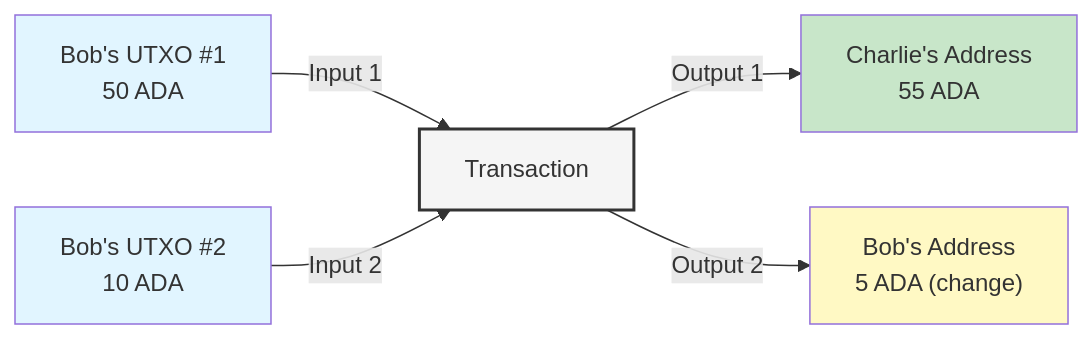
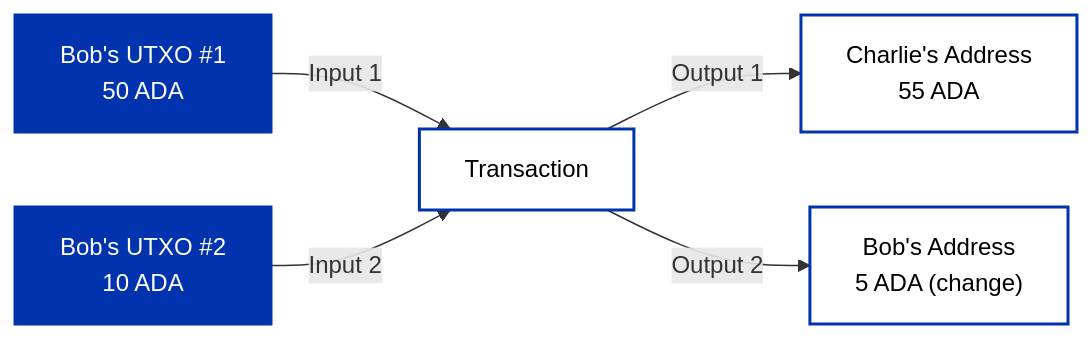
One commit to cardano-foundation/developer-portal changed the second of 2 diagrams in docs/get-started/technical-concepts/eutxo.md. Above: the diagram before and after it, drawn with Mermaid. The commit also changed other lines of this file and 14 other files, not shown here.

Commit message:
cardano unified color scheme for mermaid diagrams

````diff
--- a/docs/get-started/technical-concepts/eutxo.md
+++ b/docs/get-started/technical-concepts/eutxo.md
@@ -72,13 +72,13 @@
 ```mermaid
 graph LR
     A["Bob's UTXO #1<br/>50 ADA"] -->|Input 1| TX[Transaction]
     B["Bob's UTXO #2<br/>10 ADA"] -->|Input 2| TX
     TX -->|Output 1| C["Charlie's Address<br/>55 ADA"]
     TX -->|Output 2| D["Bob's Address<br/>5 ADA (change)"]
 
-    style A fill:#e1f5ff
-    style B fill:#e1f5ff
-    style C fill:#c8e6c9
-    style D fill:#fff9c4
-    style TX fill:#f5f5f5,stroke:#333,stroke-width:2px
+    style A fill:#0033AD,stroke:#0033AD,stroke-width:2px,color:#FFFFFF
+    style B fill:#0033AD,stroke:#0033AD,stroke-width:2px,color:#FFFFFF
+    style C fill:#FFFFFF,stroke:#0033AD,stroke-width:2px,color:#000000
+    style D fill:#FFFFFF,stroke:#0033AD,stroke-width:2px,color:#000000
+    style TX fill:#FFFFFF,stroke:#0033AD,stroke-width:2px,color:#000000
 ```
````
